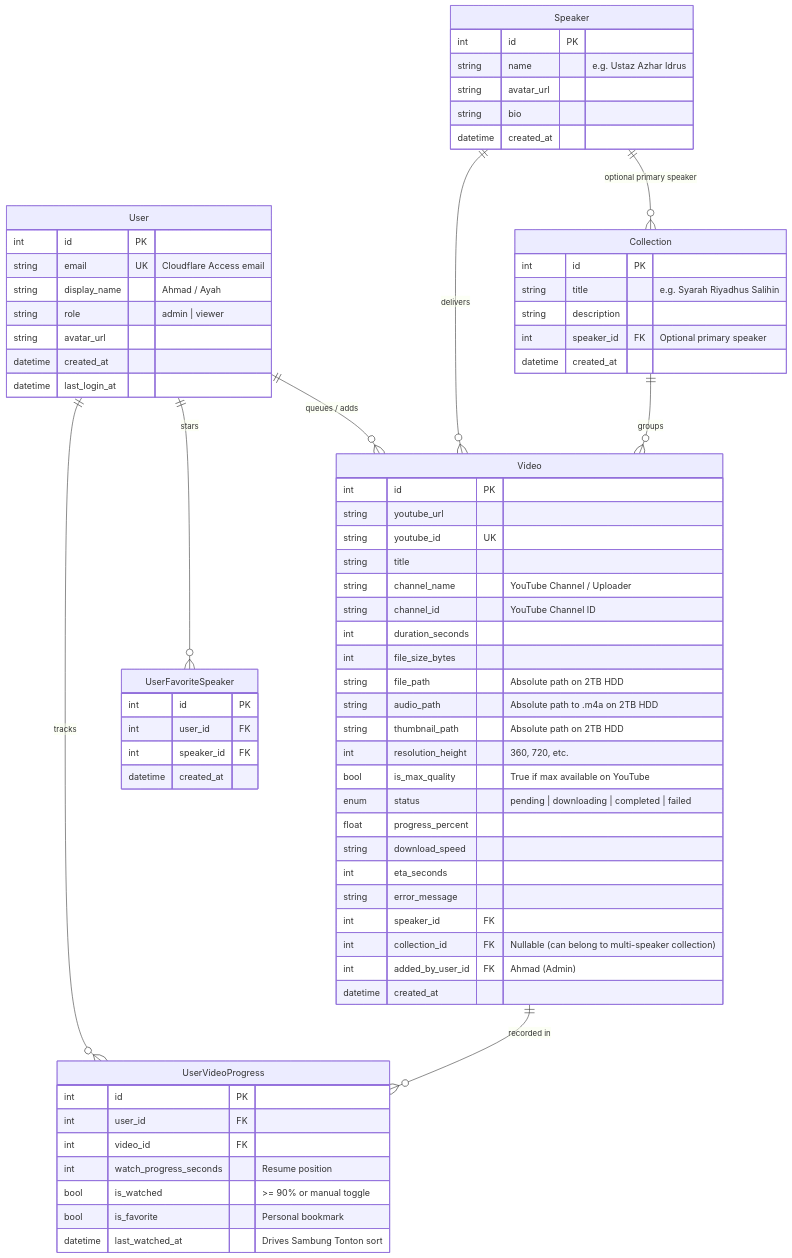
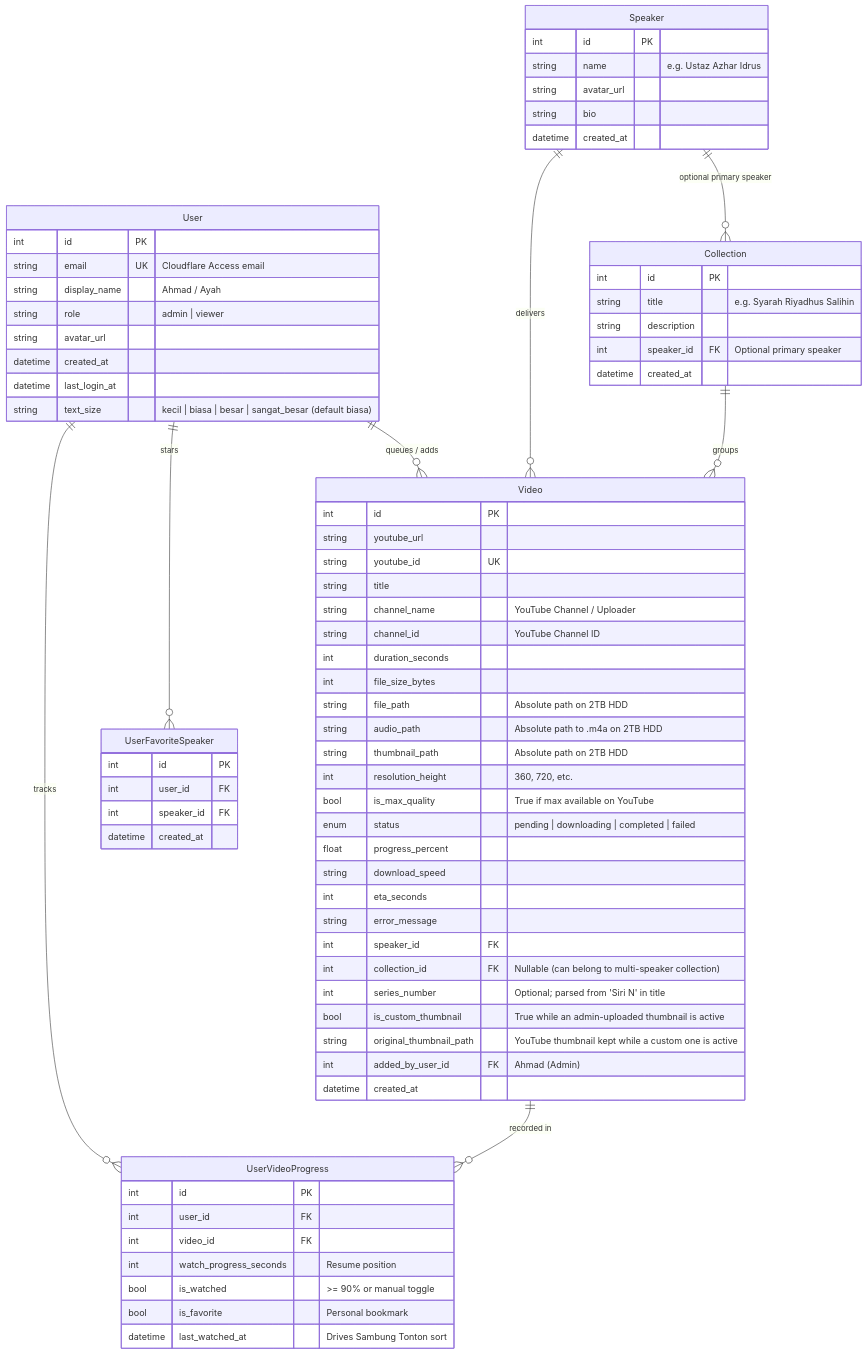
The first of 2 diagrams in docs/architecture-specs.md (ahmadsalehuddin/baitul-hikmah), drawn with Mermaid before and after one commit. The commit also changed other lines of this file and 9 other files, not shown here.

````diff
--- a/docs/architecture-specs.md
+++ b/docs/architecture-specs.md
@@ -48,78 +48,82 @@
 ```mermaid
 erDiagram
     User ||--o{ Video : "queues / adds"
     User ||--o{ UserVideoProgress : "tracks"
     User ||--o{ UserFavoriteSpeaker : "stars"
     Speaker ||--o{ Video : "delivers"
     Collection ||--o{ Video : "groups"
     Speaker ||--o{ Collection : "optional primary speaker"
     Video ||--o{ UserVideoProgress : "recorded in"
 
     User {
         int id PK
         string email UK "Cloudflare Access email"
         string display_name "Ahmad / Ayah"
         string role "admin | viewer"
         string avatar_url
         datetime created_at
         datetime last_login_at
+        string text_size "kecil | biasa | besar | sangat_besar (default biasa)"
     }
 
     Speaker {
         int id PK
         string name "e.g. Ustaz Azhar Idrus"
         string avatar_url
         string bio
         datetime created_at
     }
 
     Collection {
         int id PK
         string title "e.g. Syarah Riyadhus Salihin"
         string description
         int speaker_id FK "Optional primary speaker"
         datetime created_at
     }
 
     Video {
         int id PK
         string youtube_url
         string youtube_id UK
         string title
         string channel_name "YouTube Channel / Uploader"
         string channel_id "YouTube Channel ID"
         int duration_seconds
         int file_size_bytes
         string file_path "Absolute path on 2TB HDD"
         string audio_path "Absolute path to .m4a on 2TB HDD"
         string thumbnail_path "Absolute path on 2TB HDD"
         int resolution_height "360, 720, etc."
         bool is_max_quality "True if max available on YouTube"
         enum status "pending | downloading | completed | failed"
         float progress_percent
         string download_speed
         int eta_seconds
         string error_message
         int speaker_id FK
         int collection_id FK "Nullable (can belong to multi-speaker collection)"
+        int series_number "Optional; parsed from 'Siri N' in title"
+        bool is_custom_thumbnail "True while an admin-uploaded thumbnail is active"
+        string original_thumbnail_path "YouTube thumbnail kept while a custom one is active"
         int added_by_user_id FK "Ahmad (Admin)"
         datetime created_at
     }
 
     UserVideoProgress {
         int id PK
         int user_id FK
         int video_id FK
         int watch_progress_seconds "Resume position"
         bool is_watched ">= 90% or manual toggle"
         bool is_favorite "Personal bookmark"
         datetime last_watched_at "Drives Sambung Tonton sort"
     }
 
     UserFavoriteSpeaker {
         int id PK
         int user_id FK
         int speaker_id FK
         datetime created_at
     }
 ```
````
